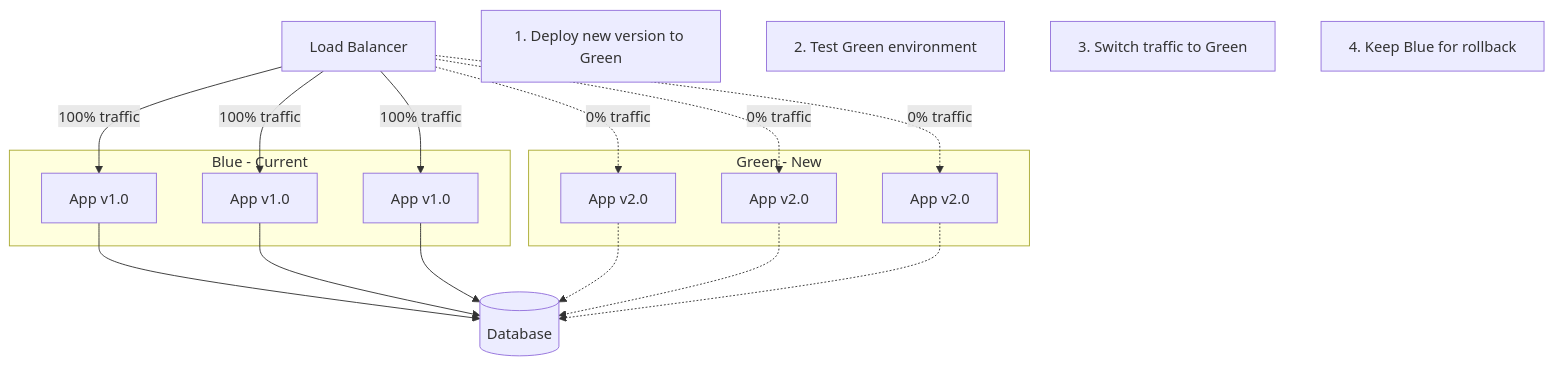
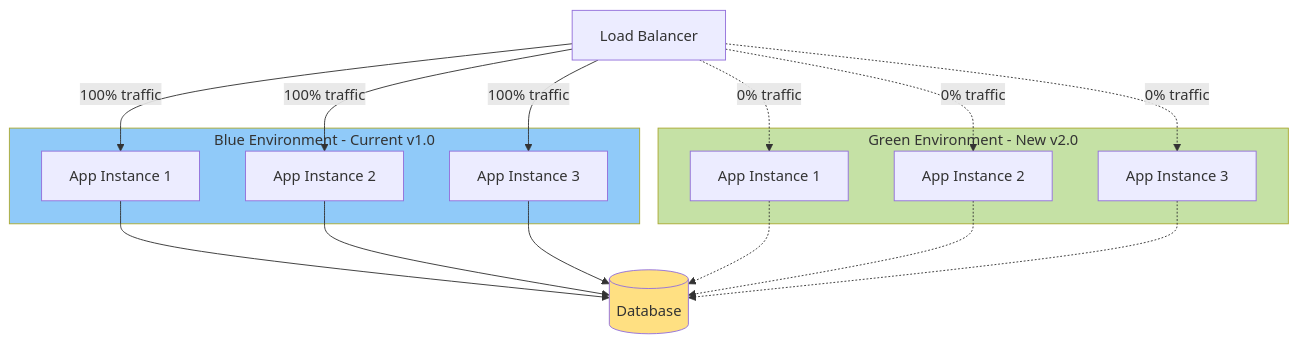
Before and after one commit to derandomize/MyCafe: diagram 27 of 38 in TS.md, drawn with Mermaid. The commit also changed other lines of this file, not shown here.

````diff
--- a/TS.md
+++ b/TS.md
@@ -2266,29 +2266,28 @@
 ```mermaid
 graph TB
     LB[Load Balancer]
     
-    subgraph Blue - Current
-        BLUE1[App v1.0]
-        BLUE2[App v1.0]
-        BLUE3[App v1.0]
+    subgraph BLUE["Blue Environment - Current v1.0"]
+        BLUE1[App Instance 1]
+        BLUE2[App Instance 2]
+        BLUE3[App Instance 3]
     end
     
-    subgraph Green - New
-        GREEN1[App v2.0]
-        GREEN2[App v2.0]
-        GREEN3[App v2.0]
+    subgraph GREEN["Green Environment - New v2.0"]
+        GREEN1[App Instance 1]
+        GREEN2[App Instance 2]
+        GREEN3[App Instance 3]
     end
     
     DB[(Database)]
     
     LB -->|100% traffic| BLUE1 & BLUE2 & BLUE3
     LB -.->|0% traffic| GREEN1 & GREEN2 & GREEN3
     
     BLUE1 & BLUE2 & BLUE3 --> DB
     GREEN1 & GREEN2 & GREEN3 -.-> DB
     
-    note1[1. Deploy new version to Green]
-    note2[2. Test Green environment]
-    note3[3. Switch traffic to Green]
-    note4[4. Keep Blue for rollback]
+    style BLUE fill:#90CAF9
+    style GREEN fill:#C5E1A5
+    style DB fill:#FFE082
 ```
````
